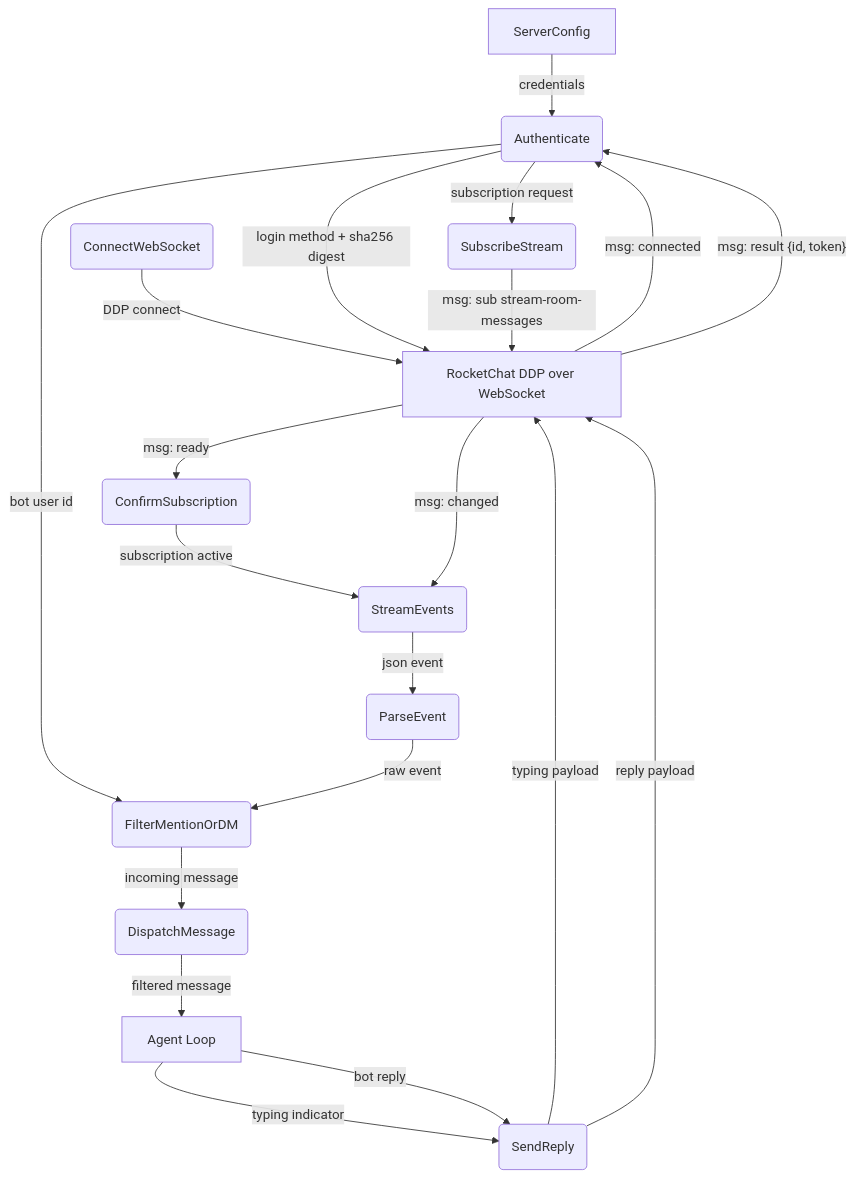
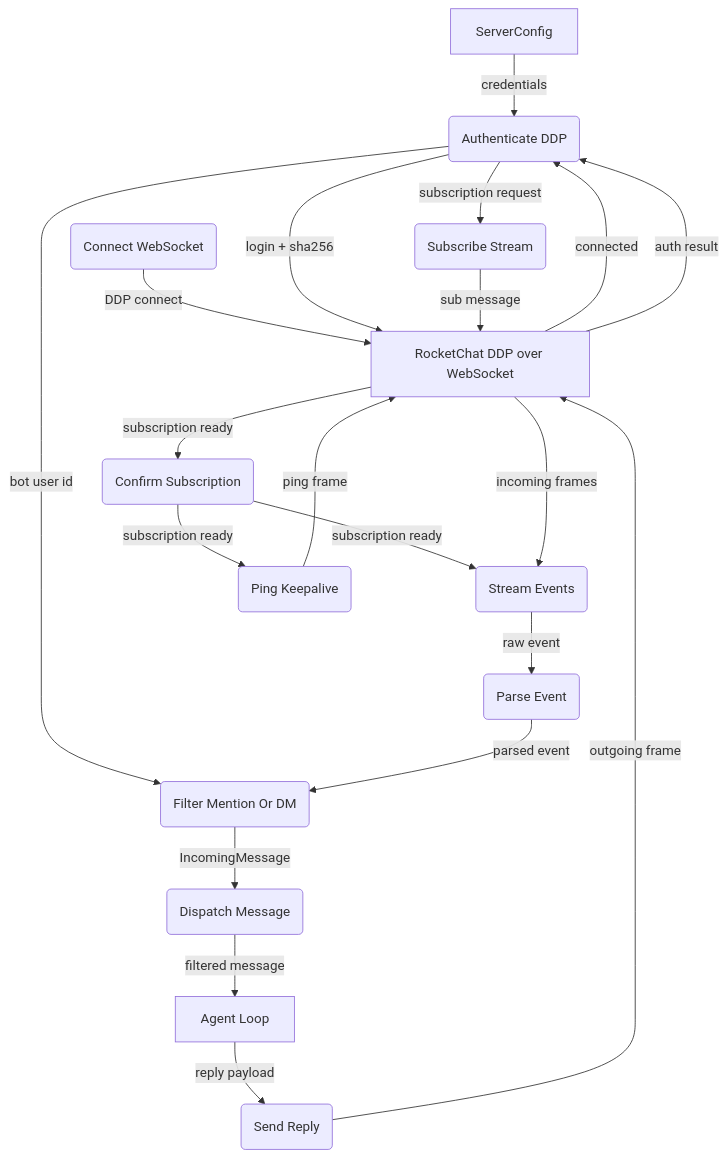
The first of 9 diagrams in _dfd/infra/rocketchat.md (cosmoswafer/rockbot), drawn with Mermaid before and after one commit. The commit also changed other lines of this file and 15 other files, not shown here.

````diff
--- a/_dfd/infra/rocketchat.md
+++ b/_dfd/infra/rocketchat.md
@@ -33,35 +38,38 @@
 ```mermaid
 flowchart TD
     CFG[ServerConfig]
-    AUTH(Authenticate)
-    CONNECT(ConnectWebSocket)
-    SUB(SubscribeStream)
-    READY(ConfirmSubscription)
-    STREAM(StreamEvents)
-    PARSE(ParseEvent)
-    FILTER(FilterMentionOrDM)
-    DISPATCH(DispatchMessage)
-    SEND(SendReply)
+    AUTH(Authenticate DDP)
+    CONNECT(Connect WebSocket)
+    SUB(Subscribe Stream)
+    READY(Confirm Subscription)
+    STREAM(Stream Events)
+    PING(Ping Keepalive)
+    PARSE(Parse Event)
+    FILTER(Filter Mention Or DM)
+    DISPATCH(Dispatch Message)
+    SEND(Send Reply)
     HARNESS[Agent Loop]
     RC_DDP[RocketChat DDP over WebSocket]
 
     CFG -->|"credentials"| AUTH
     CONNECT -->|"DDP connect"| RC_DDP
-    RC_DDP -->|"msg: connected"| AUTH
-    AUTH -->|"login method + sha256 digest"| RC_DDP
-    RC_DDP -->|"msg: result {id, token}"| AUTH
+    RC_DDP -->|"connected"| AUTH
+    AUTH -->|"login + sha256"| RC_DDP
+    RC_DDP -->|"auth result"| AUTH
     AUTH -->|"subscription request"| SUB
-    SUB -->|"msg: sub stream-room-messages"| RC_DDP
-    RC_DDP -->|"msg: ready"| READY
-    READY -->|"subscription active"| STREAM
-    RC_DDP -->|"msg: changed"| STREAM
-    STREAM -->|"json event"| PARSE
+    SUB -->|"sub message"| RC_DDP
+    RC_DDP -->|"subscription ready"| READY
+
+    READY -->|"subscription ready"| PING
+    READY -->|"subscription ready"| STREAM
+
+    PING -->|"ping frame"| RC_DDP
+    RC_DDP -->|"incoming frames"| STREAM
+    STREAM -->|"raw event"| PARSE
     AUTH -->|"bot user id"| FILTER
-    PARSE -->|"raw event"| FILTER
-    FILTER -->|"incoming message"| DISPATCH
+    PARSE -->|"parsed event"| FILTER
+    FILTER -->|"IncomingMessage"| DISPATCH
     DISPATCH -->|"filtered message"| HARNESS
-    HARNESS -->|"typing indicator"| SEND
-    SEND -->|"typing payload"| RC_DDP
-    HARNESS -->|"bot reply"| SEND
-    SEND -->|"reply payload"| RC_DDP
+    HARNESS -->|"reply payload"| SEND
+    SEND -->|"outgoing frame"| RC_DDP
 ```
````
